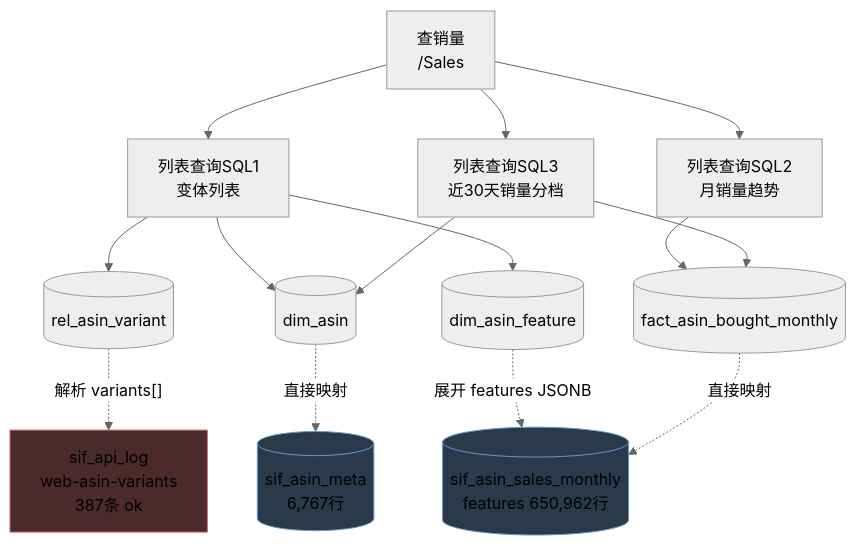
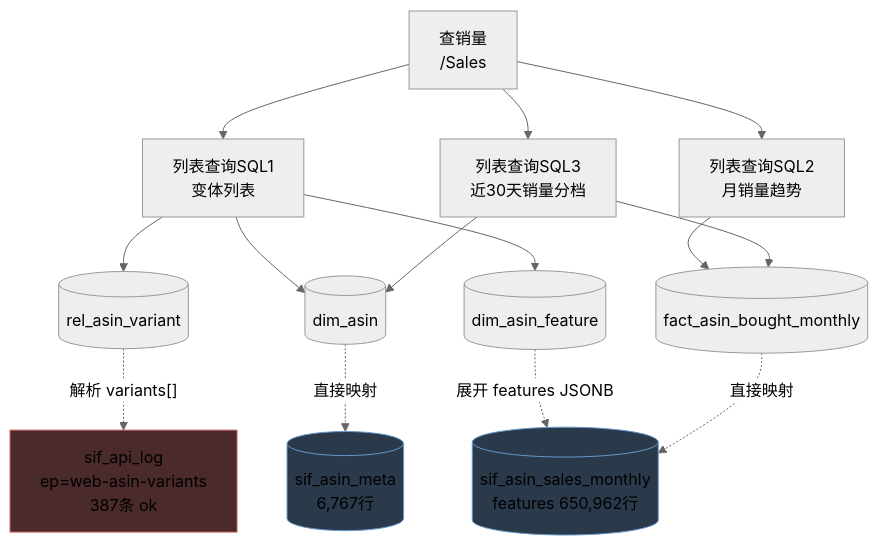
The second of 11 diagrams in docs/MODULE_DATA_FLOW.md (xiangge1208/looom), drawn with Mermaid (neutral theme) before and after one commit. The commit also changed other lines of this file and 68 other files, not shown here.

````diff
--- a/docs/MODULE_DATA_FLOW.md
+++ b/docs/MODULE_DATA_FLOW.md
@@ -67,27 +107,27 @@
 ```mermaid
 flowchart TD
     P["查销量<br/>/Sales"]
 
     P --> S1["列表查询SQL1<br/>变体列表"]
     P --> S2["列表查询SQL2<br/>月销量趋势"]
     P --> S3["列表查询SQL3<br/>近30天销量分档"]
 
     S1 --> T1[("rel_asin_variant")]
     S1 --> T2[("dim_asin")]
     S1 --> T3[("dim_asin_feature")]
 
     S2 --> T4[("fact_asin_bought_monthly")]
 
     S3 --> T2
     S3 --> T4
 
     %% ---------- PG 源层 ----------
-    T1 -.->|"解析 variants[]"| G1["sif_api_log<br/>web-asin-variants<br/>387条 ok"]
+    T1 -.->|"解析 variants[]"| G1["sif_api_log<br/>ep=web-asin-variants<br/>387条 ok"]
     T2 -.->|"直接映射"| G2[("sif_asin_meta<br/>6,767行")]
     T3 -.->|"展开 features JSONB"| G3[("sif_asin_sales_monthly<br/>features 650,962行")]
     T4 -.->|"直接映射"| G3
 
     style G1 fill:#4a2a2a,stroke:#c66
     style G2 fill:#2a3a4a,stroke:#69c
     style G3 fill:#2a3a4a,stroke:#69c
 ```
````
